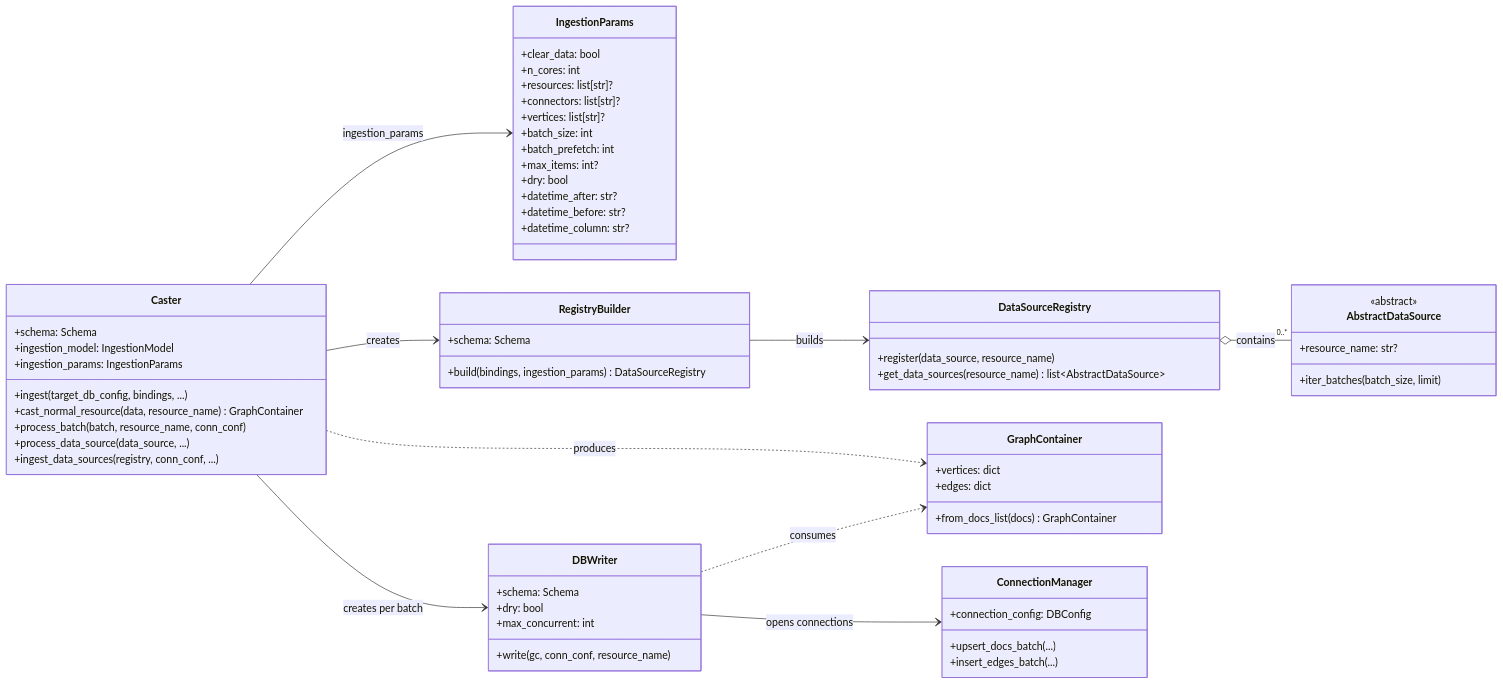
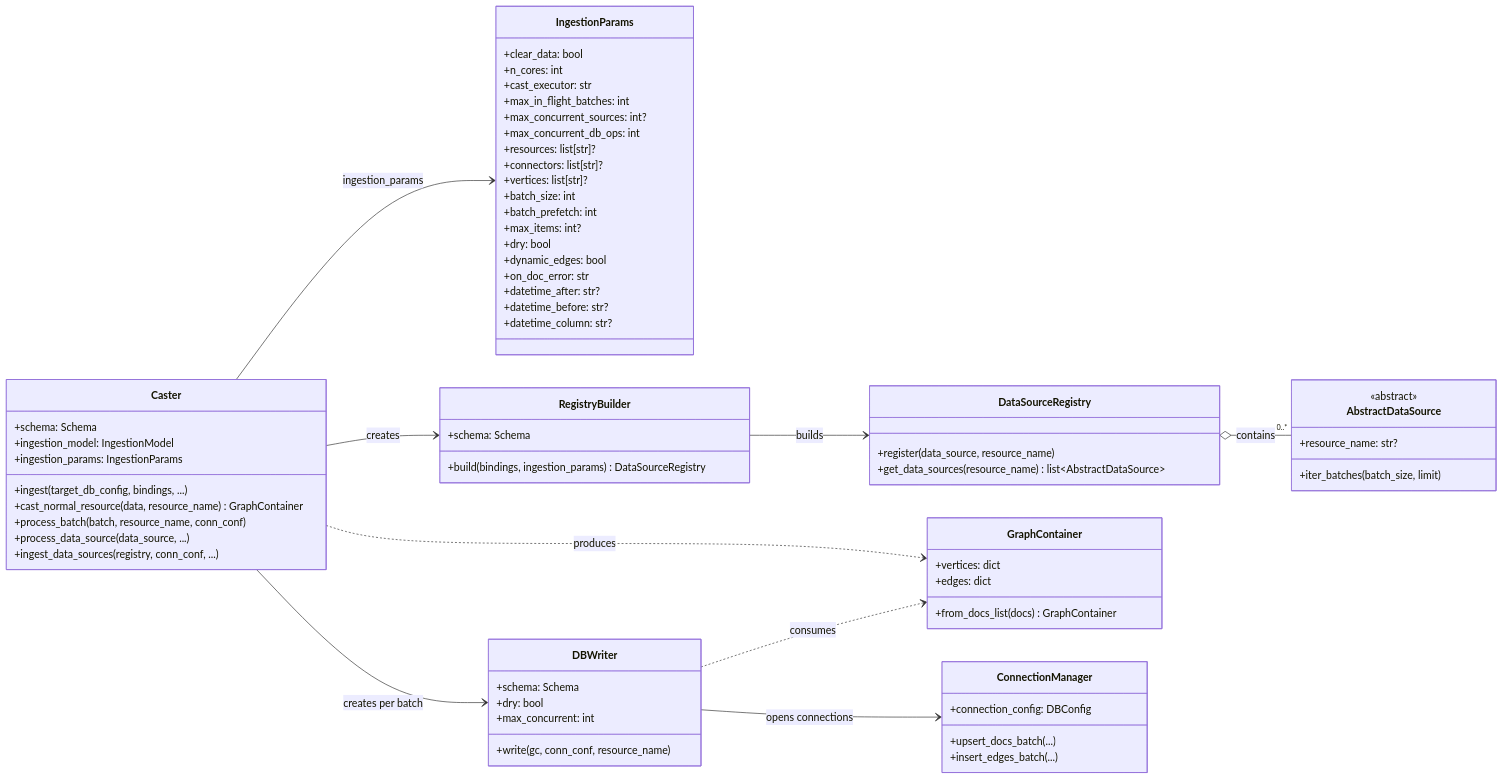
The fourth of 4 diagrams in docs/concepts/architecture/diagrams.md (growgraph/graflo), drawn with Mermaid before and after one commit. The commit also changed 75 other files, not shown here.

````diff
--- a/docs/concepts/architecture/diagrams.md
+++ b/docs/concepts/architecture/diagrams.md
@@ -309,74 +309,80 @@
 ```mermaid
 classDiagram
     direction LR
 
     class Caster {
         +schema: Schema
         +ingestion_model: IngestionModel
         +ingestion_params: IngestionParams
         +ingest(target_db_config, bindings, ...)
         +cast_normal_resource(data, resource_name) GraphContainer
         +process_batch(batch, resource_name, conn_conf)
         +process_data_source(data_source, ...)
         +ingest_data_sources(registry, conn_conf, ...)
     }
 
     class IngestionParams {
         +clear_data: bool
         +n_cores: int
+        +cast_executor: str
+        +max_in_flight_batches: int
+        +max_concurrent_sources: int?
+        +max_concurrent_db_ops: int
         +resources: list[str]?
         +connectors: list[str]?
         +vertices: list[str]?
         +batch_size: int
         +batch_prefetch: int
         +max_items: int?
         +dry: bool
+        +dynamic_edges: bool
+        +on_doc_error: str
         +datetime_after: str?
         +datetime_before: str?
         +datetime_column: str?
     }
 
     class RegistryBuilder {
         +schema: Schema
         +build(bindings, ingestion_params) DataSourceRegistry
     }
 
     class DataSourceRegistry {
         +register(data_source, resource_name)
         +get_data_sources(resource_name) list~AbstractDataSource~
     }
 
     class DBWriter {
         +schema: Schema
         +dry: bool
         +max_concurrent: int
         +write(gc, conn_conf, resource_name)
     }
 
     class GraphContainer {
         +vertices: dict
         +edges: dict
         +from_docs_list(docs) GraphContainer
     }
 
     class ConnectionManager {
         +connection_config: DBConfig
         +upsert_docs_batch(...)
         +insert_edges_batch(...)
     }
 
     class AbstractDataSource {
         <<abstract>>
         +resource_name: str?
         +iter_batches(batch_size, limit)
     }
 
     Caster --> IngestionParams : ingestion_params
     Caster --> RegistryBuilder : creates
     RegistryBuilder --> DataSourceRegistry : builds
     Caster --> DBWriter : creates per batch
     Caster ..> GraphContainer : produces
     DBWriter ..> GraphContainer : consumes
     DBWriter --> ConnectionManager : opens connections
     DataSourceRegistry o-- "0..*" AbstractDataSource : contains
 ```
````
